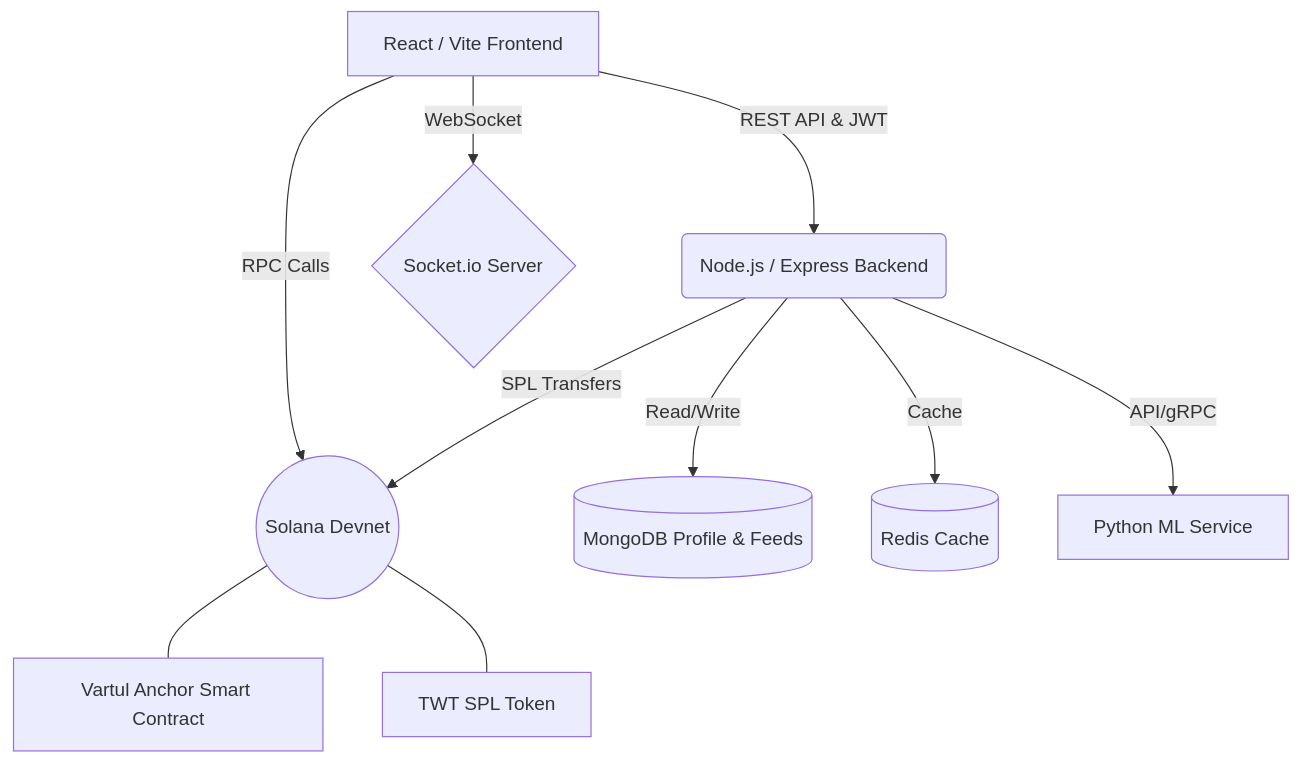
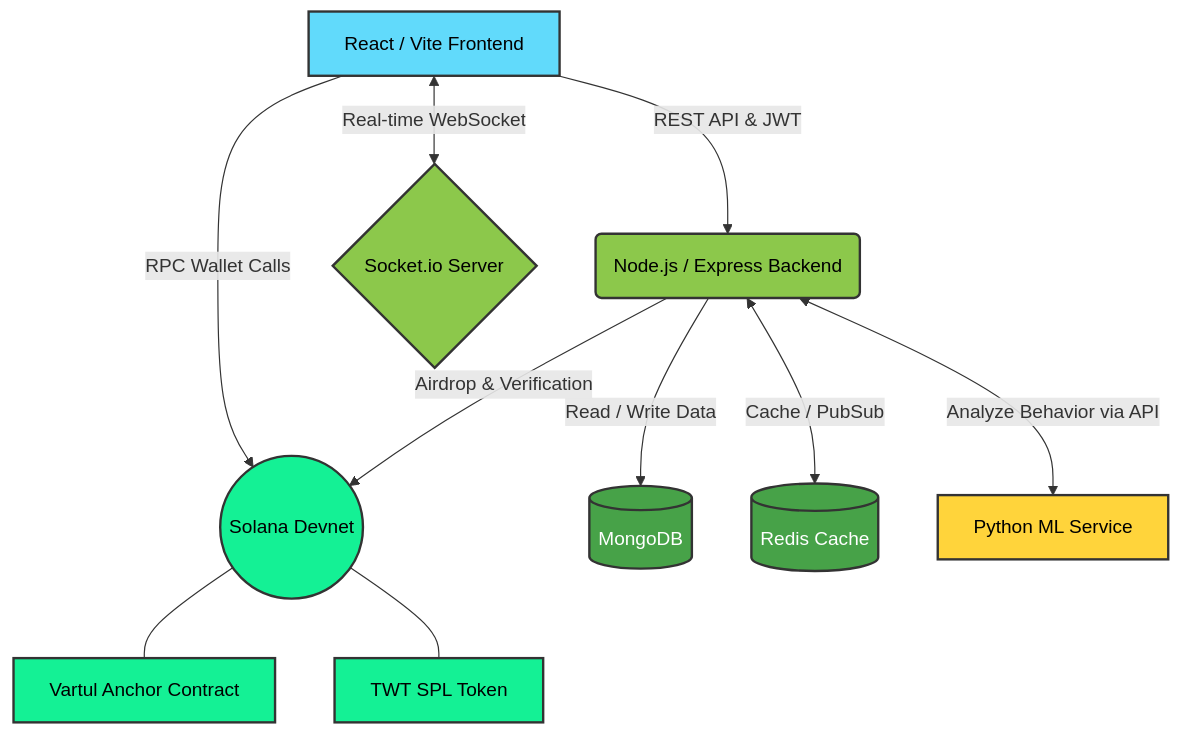
One commit to vikram-codes-hub/Vartul changed the diagram in README.md. Above: the diagram before and after it, drawn with Mermaid. The commit also changed other lines of this file, not shown here.

````diff
--- a/README.md
+++ b/README.md
@@ -77,14 +54,33 @@
 ```mermaid
 graph TD;
-    A[React / Vite Frontend] -->|REST API & JWT| B(Node.js / Express Backend)
-    A -->|WebSocket| C{Socket.io Server}
-    A -->|RPC Calls| D((Solana Devnet))
+    %% Styling
+    classDef frontend fill:#61DAFB,stroke:#333,stroke-width:2px,color:#000;
+    classDef backend fill:#8CC84B,stroke:#333,stroke-width:2px,color:#000;
+    classDef db fill:#47A248,stroke:#333,stroke-width:2px,color:#fff;
+    classDef crypto fill:#14F195,stroke:#333,stroke-width:2px,color:#000;
+    classDef ml fill:#FFD43B,stroke:#333,stroke-width:2px,color:#000;
+
+    %% Nodes
+    A[React / Vite Frontend]:::frontend
+    B(Node.js / Express Backend):::backend
+    C{Socket.io Server}:::backend
+    D((Solana Devnet)):::crypto
+    E[(MongoDB)]:::db
+    F[(Redis Cache)]:::db
+    G[Python ML Service]:::ml
+    H[Vartul Anchor Contract]:::crypto
+    I[TWT SPL Token]:::crypto
+
+    %% Edges
+    A -->|REST API & JWT| B
+    A <-->|Real-time WebSocket| C
+    A -->|RPC Wallet Calls| D
     
-    B -->|Read/Write| E[(MongoDB Profile & Feeds)]
-    B -->|Cache| F[(Redis Cache)]
-    B -->|API/gRPC| G[Python ML Service]
-    B -->|SPL Transfers| D
+    B -->|Read / Write Data| E
+    B <-->|Cache / PubSub| F
+    B <-->|Analyze Behavior via API| G
+    B -->|Airdrop & Verification| D
     
-    D --- H[Vartul Anchor Smart Contract]
-    D --- I[TWT SPL Token]
+    D --- H
+    D --- I
 ```
````
